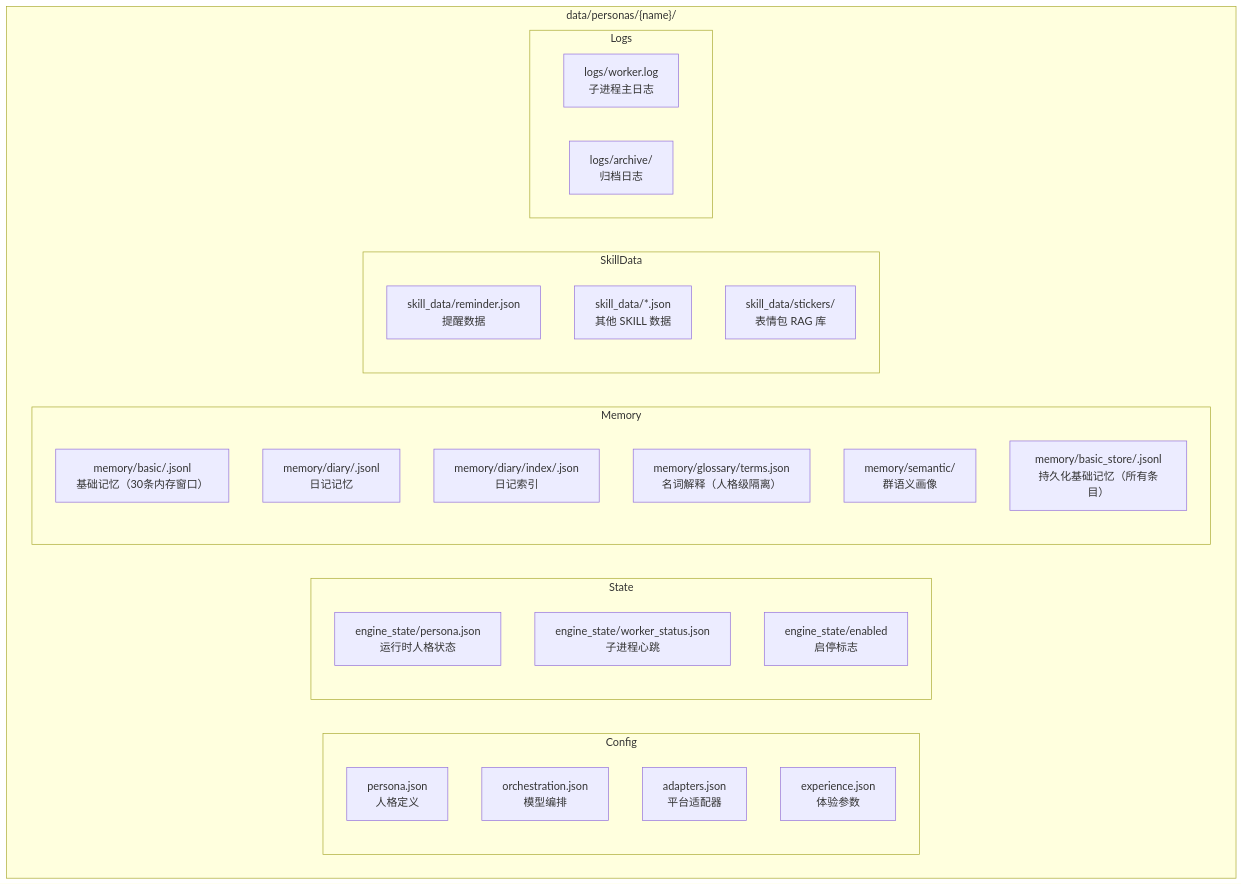
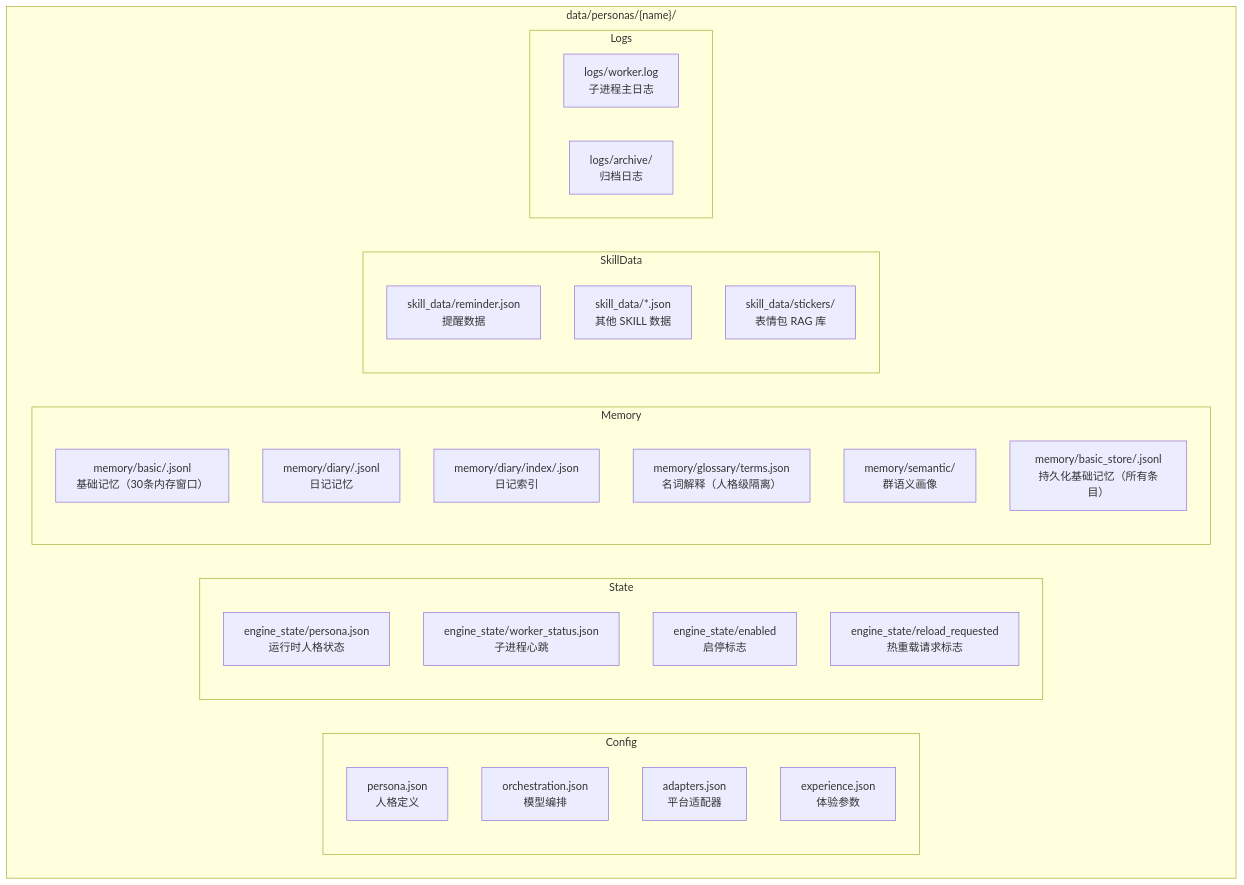
The ninth of 13 diagrams in guide/architecture-overview.md (LiveSirius/SiriusPulse-Docs), drawn with Mermaid before and after one commit. The commit also changed other lines of this file and 2 other files, not shown here.

````diff
--- a/guide/architecture-overview.md
+++ b/guide/architecture-overview.md
@@ -366,43 +368,44 @@
 ```mermaid
 flowchart TD
     subgraph PersonaDir["data/personas/{name}/"]
         Config["配置层"]
         State["运行状态"]
         Memory["记忆层"]
         SkillData["SKILL 数据"]
         Logs["日志"]
     end
 
     subgraph Config
         C1["persona.json<br/>人格定义"]
         C2["orchestration.json<br/>模型编排"]
         C3["adapters.json<br/>平台适配器"]
         C4["experience.json<br/>体验参数"]
     end
 
     subgraph State
         S1["engine_state/persona.json<br/>运行时人格状态"]
         S2["engine_state/worker_status.json<br/>子进程心跳"]
         S3["engine_state/enabled<br/>启停标志"]
+        S4["engine_state/reload_requested<br/>热重载请求标志"]
     end
 
     subgraph Memory
         M1["memory/basic/<group_id>.jsonl<br/>基础记忆（30条内存窗口）"]
         M2["memory/diary/<group_id>.jsonl<br/>日记记忆"]
         M3["memory/diary/index/<group_id>.json<br/>日记索引"]
         M4["memory/glossary/terms.json<br/>名词解释（人格级隔离）"]
         M5["memory/semantic/<br/>群语义画像"]
         M6["memory/basic_store/<group_id>.jsonl<br/>持久化基础记忆（所有条目）"]
     end
 
     subgraph SkillData
         SD1["skill_data/reminder.json<br/>提醒数据"]
         SD2["skill_data/*.json<br/>其他 SKILL 数据"]
         SD3["skill_data/stickers/<br/>表情包 RAG 库"]
     end
 
     subgraph Logs
         L1["logs/worker.log<br/>子进程主日志"]
         L2["logs/archive/<br/>归档日志"]
     end
 ```
````
